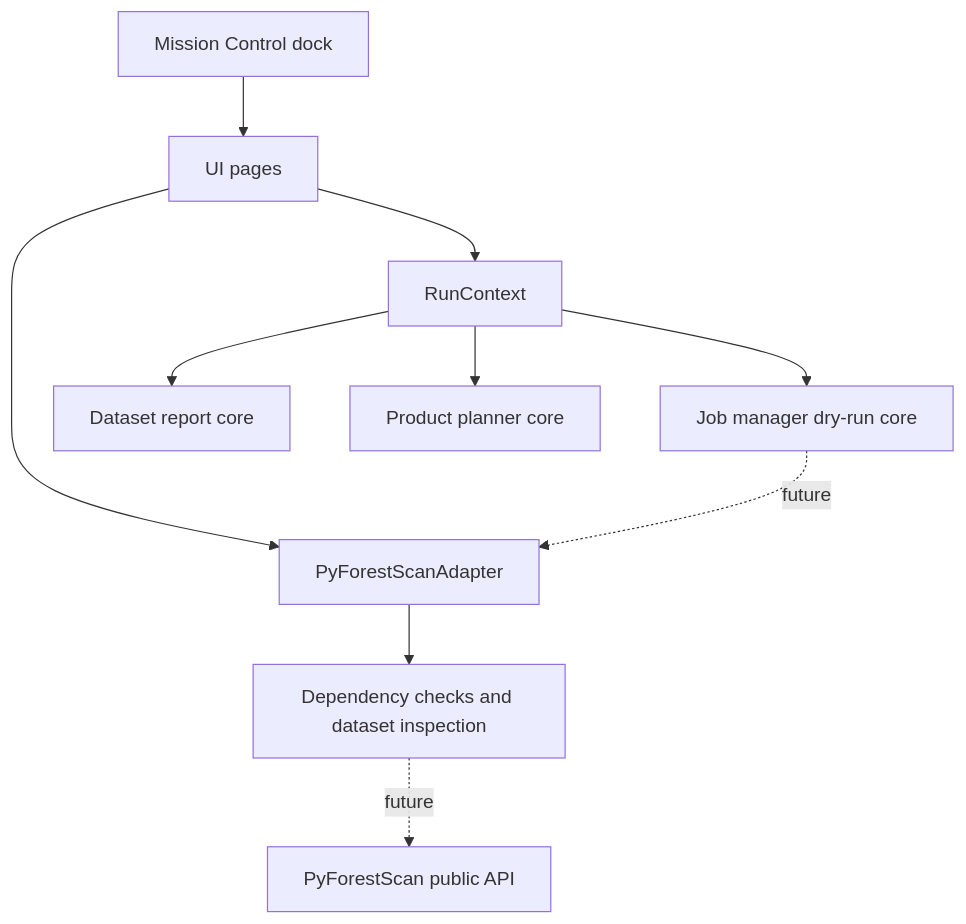
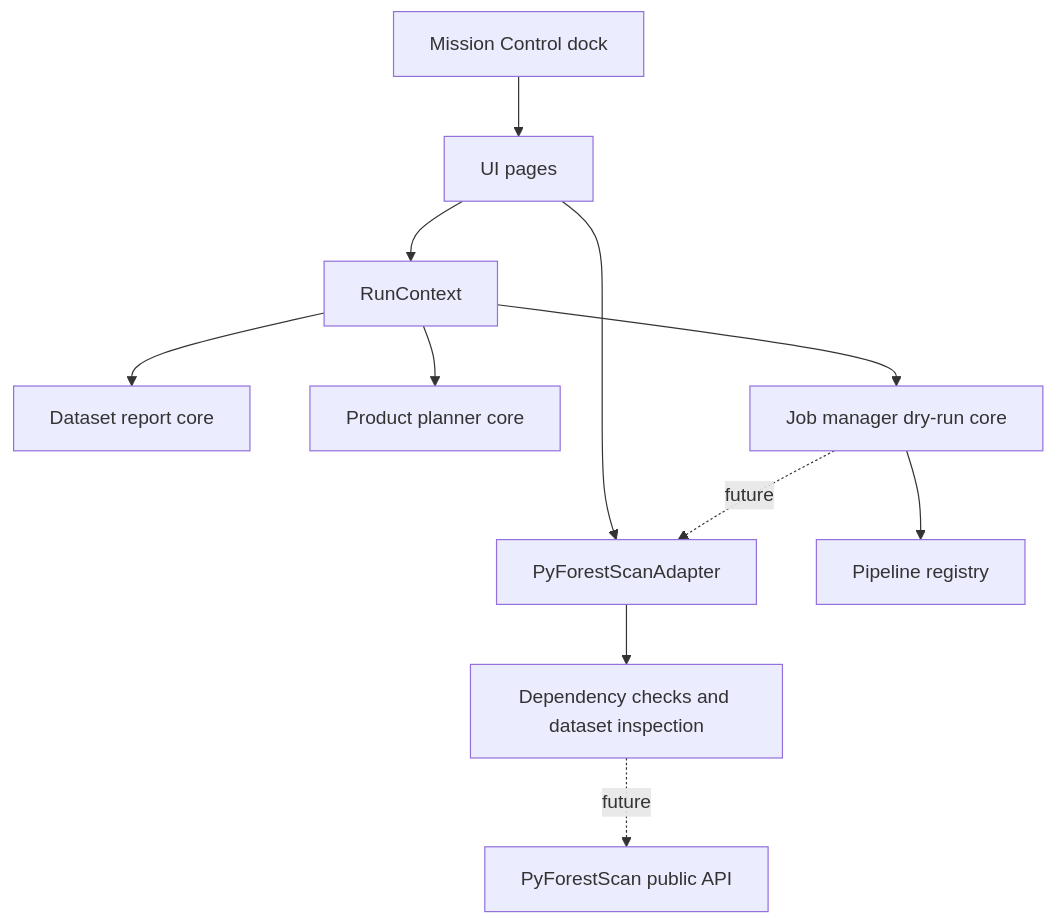
The first of 2 diagrams in docs/ui/MISSION_CONTROL.md (sticholas/pyforestscan-qgis), drawn with Mermaid before and after one commit. The commit also changed other lines of this file and 17 other files, not shown here.

````diff
--- a/docs/ui/MISSION_CONTROL.md
+++ b/docs/ui/MISSION_CONTROL.md
@@ -10,12 +10,13 @@
 ```mermaid
 flowchart TD
     A["Mission Control dock"] --> B["UI pages"]
     B --> C["PyForestScanAdapter"]
     B --> W["RunContext"]
     W --> D["Dataset report core"]
     W --> E["Product planner core"]
     W --> H["Job manager dry-run core"]
+    H --> P["Pipeline registry"]
     C --> F["Dependency checks and dataset inspection"]
     H -."future".-> C
     F -."future".-> G["PyForestScan public API"]
 ```
````
